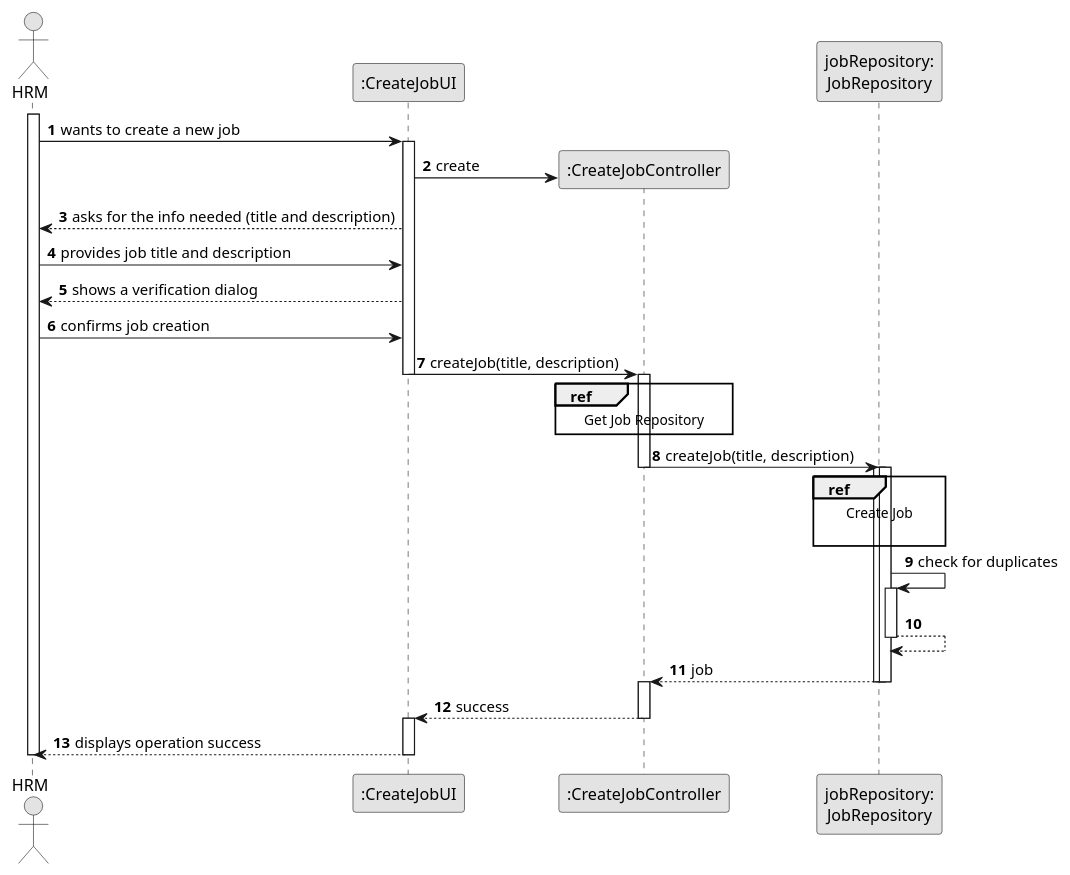
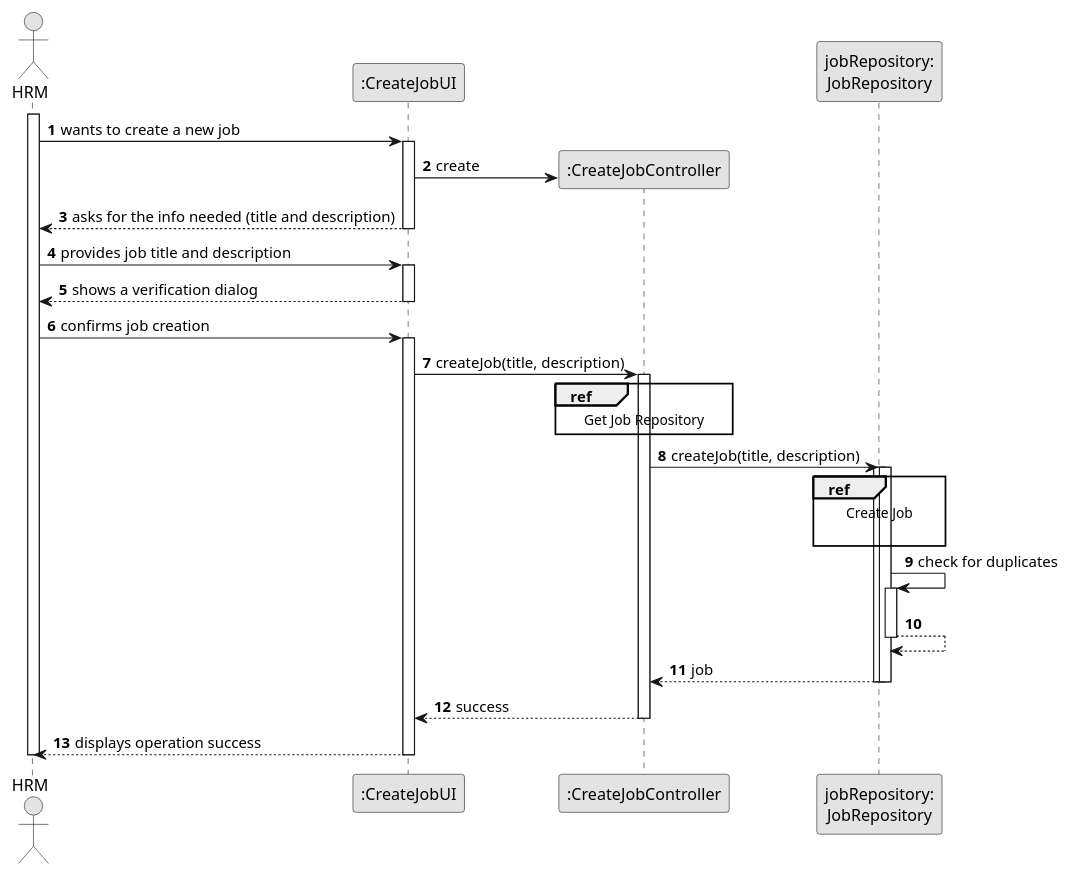
The diagram in docs/sprintB/us002/03.design/puml/us002-sequence-diagram-split.puml (ricardomm7/leaflink), drawn with PlantUML before and after one commit. The commit also changed 10 other files, not shown here.

```diff
--- a/docs/sprintB/us002/03.design/puml/us002-sequence-diagram-split.puml
+++ b/docs/sprintB/us002/03.design/puml/us002-sequence-diagram-split.puml
@@ -1,59 +1,69 @@
 @startuml
 skinparam monochrome true
 skinparam packageStyle rectangle
 skinparam shadowing false
 
 autonumber
 
 'hide footbox
 actor "HRM" as Employee
 participant ":CreateJobUI" as UI
 participant ":CreateJobController" as CTRL
 participant "jobRepository:\nJobRepository" as jobRepository
 
 activate Employee
+
 Employee -> UI : wants to create a new job
 activate UI
+
 UI -> CTRL** : create
+
 UI --> Employee : asks for the info needed (title and description)
+deactivate UI
+
 Employee -> UI : provides job title and description
+activate UI
+
 UI --> Employee : shows a verification dialog
+deactivate UI
+
 Employee -> UI : confirms job creation
-
+activate UI
 
 UI -> CTRL : createJob(title, description)
-deactivate UI
 activate CTRL
+
         ref over CTRL
             Get Job Repository
         end ref
 
 CTRL -> jobRepository : createJob(title, description)
-deactivate CTRL
 activate jobRepository
 
         ref over jobRepository
             Create Job
 
         end ref
 
     activate jobRepository
+
     jobRepository -> jobRepository : check for duplicates
     activate jobRepository
+
     jobRepository --> jobRepository
     deactivate jobRepository
 
 jobRepository --> CTRL : job
 deactivate jobRepository
-activate CTRL
+
 deactivate jobRepository
 
 CTRL --> UI : success
 deactivate CTRL
-activate UI
+
 UI --> Employee : displays operation success
 
 deactivate UI
 deactivate Employee
 
 @enduml
```
